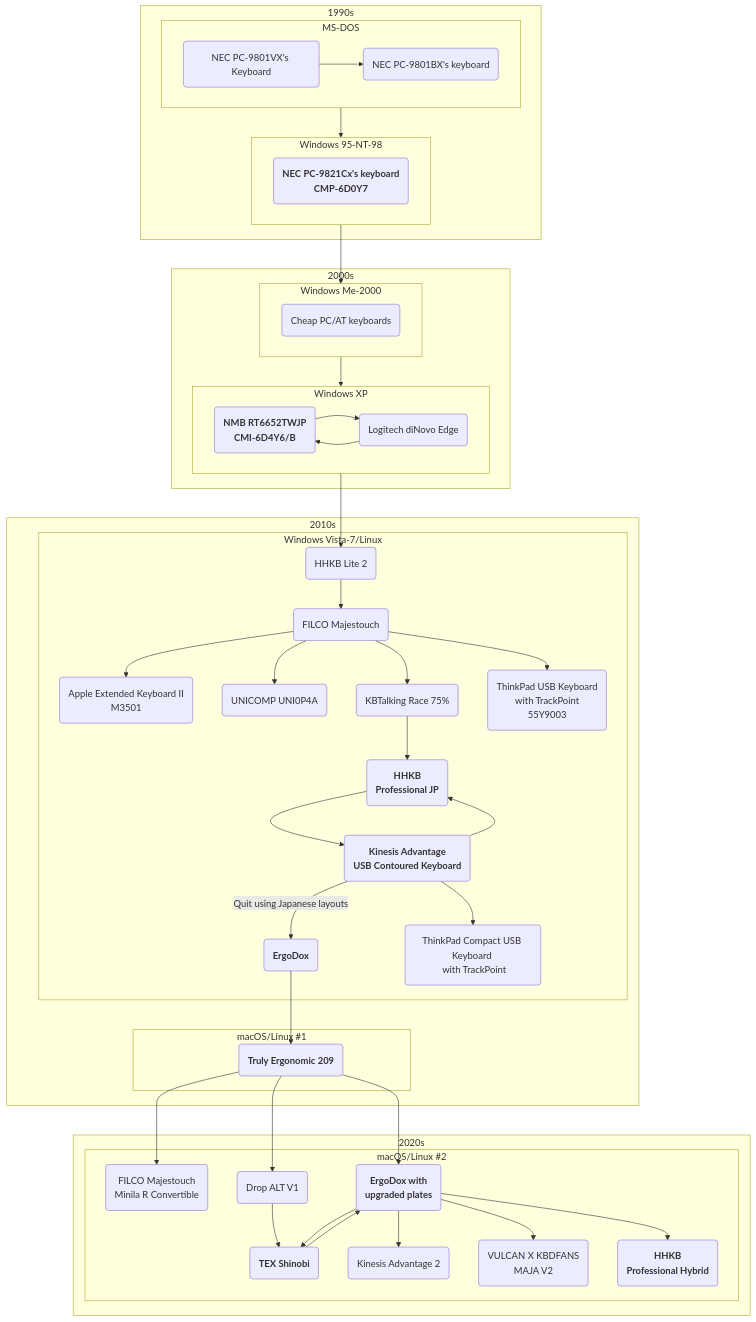
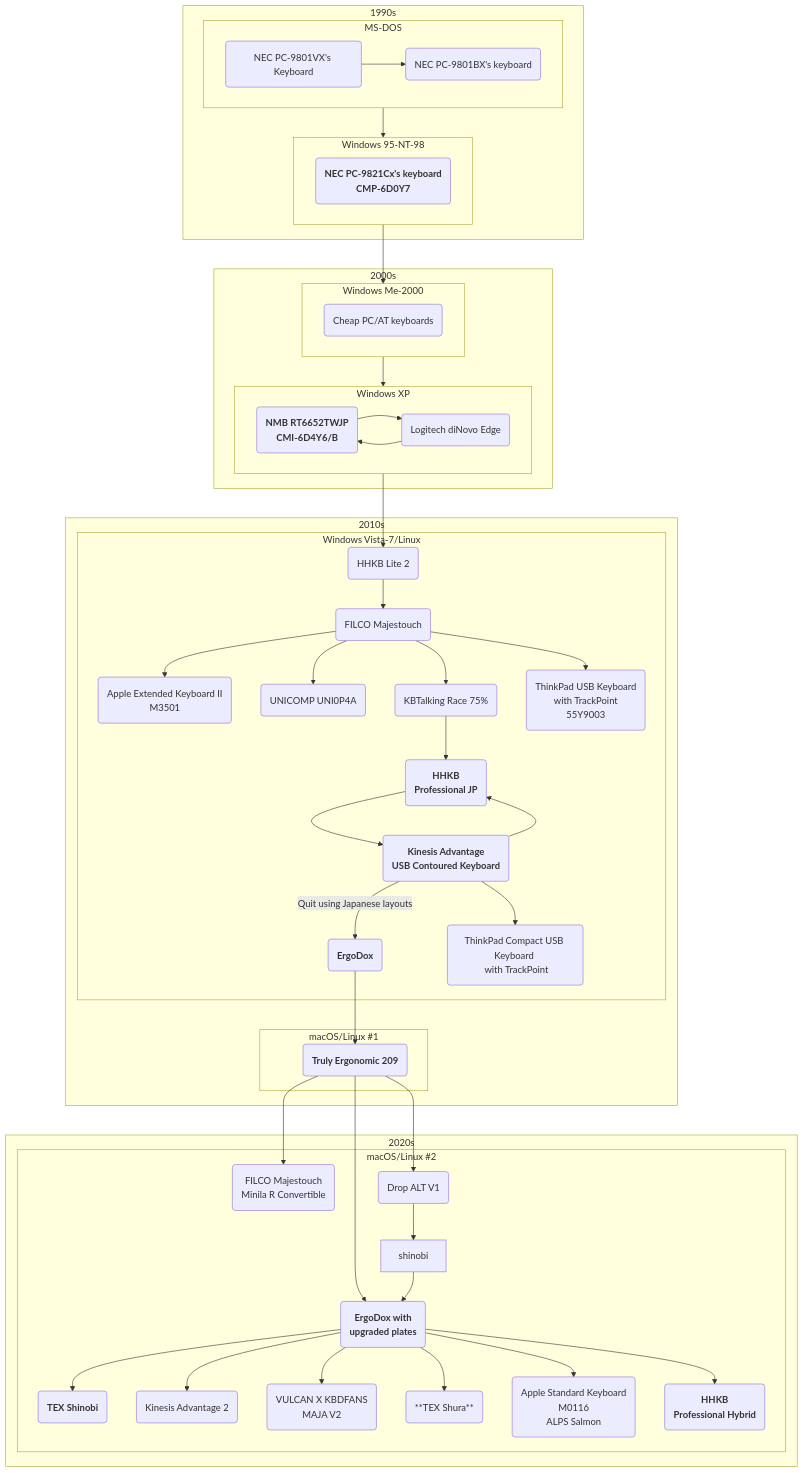
One commit to sumibi-yakitori/sumibi-yakitori changed the diagram in hid.md. Above: the diagram before and after it, drawn with Mermaid. The commit also changed other lines of this file, not shown here.

````diff
--- a/hid.md
+++ b/hid.md
@@ -18,66 +18,68 @@
 ```mermaid
 flowchart TB
   subgraph 1990s
     subgraph MS-DOS
       direction LR
 
       pc9801vx(NEC PC-9801VX's Keyboard)-->pc9801bx(NEC PC-9801BX's keyboard)
     end
     
     subgraph Windows 95-NT-98
       direction LR
 
       pc9801bx-->pc9821cx13("<strong>NEC PC-9821Cx's keyboard <br> CMP-6D0Y7</strong>")
     end
   end
   
   subgraph 2000s
     subgraph Windows Me-2000
       direction LR
 
       pc9821cx13-->pcat1(Cheap PC/AT keyboards)
     end
     
     subgraph Windows XP
       direction LR
 
       pcat1-->nmb
       nmb("<strong>NMB RT6652TWJP <br> CMI-6D4Y6/B</strong>")-->Logitech(Logitech diNovo Edge)-->nmb
     end
   end
   
   subgraph 2010s
     subgraph Windows Vista-7/Linux
       nmb-->hhkb-lite(HHKB Lite 2)
       hhkb-lite-->filco-m(FILCO Majestouch)
       filco-m-->ae-kb("Apple Extended Keyboard II <br> M3501")
       filco-m-->unicomp(UNICOMP UNI0P4A)
       filco-m-->race(KBTalking Race 75%)
       filco-m-->thinkpad1("ThinkPad USB Keyboard <br> with TrackPoint <br> 55Y9003")
       race-->hhkb-pro-jp("<strong>HHKB <br> Professional JP</strong>")
       hhkb-pro-jp-->kinesis-a("<strong>Kinesis Advantage <br> USB Contoured Keyboard</strong>")
       kinesis-a-->hhkb-pro-jp
       kinesis-a-- "`Quit using Japanese layouts`" -->ergodox1("`**ErgoDox**`")
       kinesis-a-->thinkpad2("ThinkPad Compact USB Keyboard <br> with TrackPoint")
     end
 
     subgraph macOS/Linux #1
       ergodox1-->teck("`**Truly Ergonomic 209**`")
     end
   end
   
 
   subgraph 2020s
     subgraph macOS/Linux #2
       teck-->filco-minila-r("FILCO Majestouch <br> Minila R Convertible")
       teck-->ergodox2("<strong>ErgoDox with <br> upgraded plates</strong>")
       teck-->drop-alt(Drop ALT V1)
       drop-alt-->shinobi
-      ergodox2-->shinobi("`**TEX Shinobi**`")
+      ergodox2-->tex-shinobi("`**TEX Shinobi**`")
       shinobi-->ergodox2
       ergodox2-->kinesis-a2(Kinesis Advantage 2)
       ergodox2-->maja("VULCAN X KBDFANS <br> MAJA V2")
+      ergodox2-->tex-shura("**TEX Shura**")
+      ergodox2-->as-kb("Apple Standard Keyboard <br> M0116 <br> ALPS Salmon")
       ergodox2-->hhkb-hybrid("<strong>HHKB <br> Professional Hybrid</strong>")
     end
   end
 ```
````
